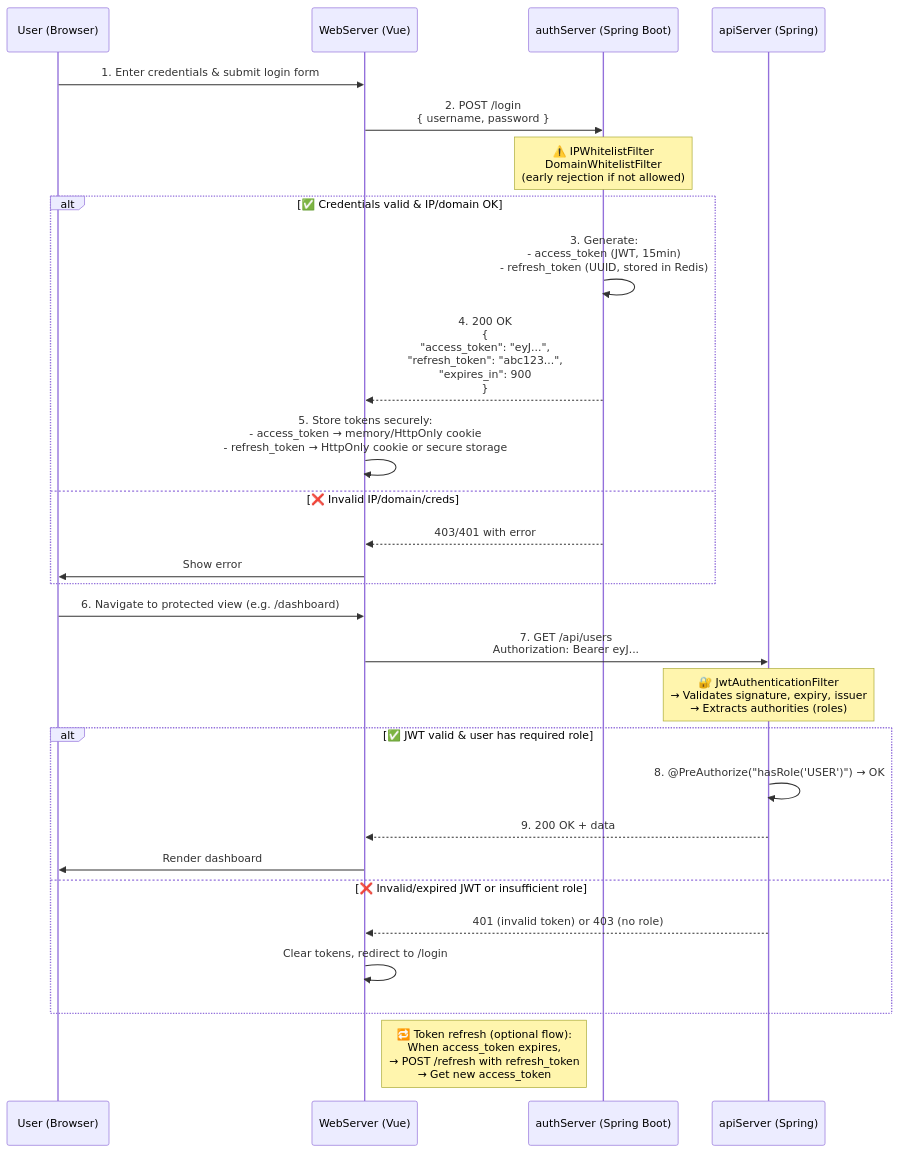
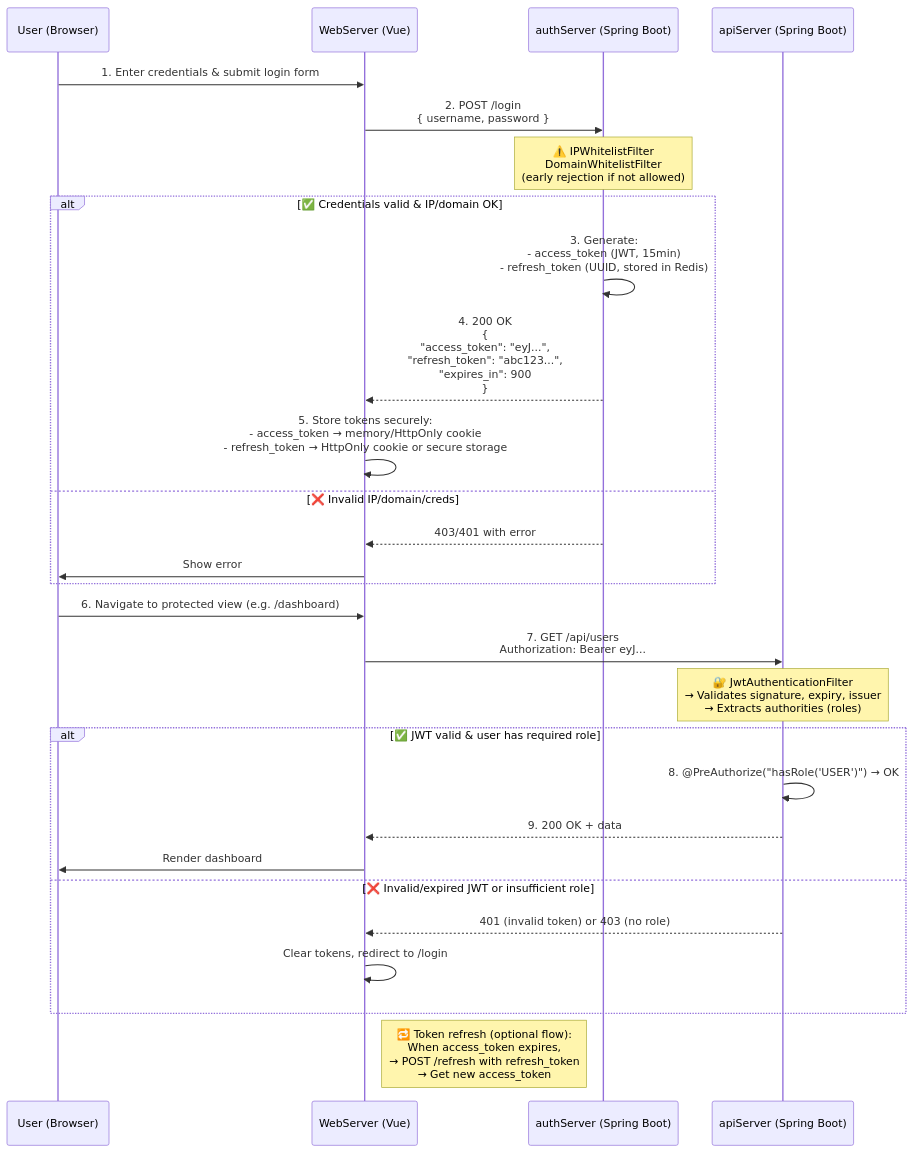
The second of 2 diagrams in Document/Diagrams.md (namsouth/why-you-need-to-hire-me), drawn with Mermaid before and after one commit. The commit also changed 2 other files, not shown here.

Commit message:
vault backup: 2025-11-19 16:37:58

````diff
--- a/Document/Diagrams.md
+++ b/Document/Diagrams.md
@@ -87,37 +87,37 @@
 ```mermaid 
 sequenceDiagram
     participant User as User (Browser)
     participant WebServer as WebServer (Vue)
     participant authServer as authServer (Spring Boot)
-    participant apiServer as apiServer (Spring)
+    participant apiServer as apiServer (Spring Boot)
 
     User->>WebServer: 1. Enter credentials & submit login form
     WebServer->>authServer: 2. POST /login<br>{ username, password }
     
     Note over authServer: ⚠️ IPWhitelistFilter<br>DomainWhitelistFilter<br>(early rejection if not allowed)
 
     alt ✅ Credentials valid & IP/domain OK
         authServer->>authServer: 3. Generate:<br>- access_token (JWT, 15min)<br>- refresh_token (UUID, stored in Redis)
         authServer-->>WebServer: 4. 200 OK<br>{<br>  "access_token": "eyJ...",<br>  "refresh_token": "abc123...",<br>  "expires_in": 900<br>}
         WebServer->>WebServer: 5. Store tokens securely:<br>- access_token → memory/HttpOnly cookie<br>- refresh_token → HttpOnly cookie or secure storage
     else ❌ Invalid IP/domain/creds
         authServer-->>WebServer: 403/401 with error
         WebServer->>User: Show error
     end
 
     User->>WebServer: 6. Navigate to protected view (e.g. /dashboard)
     WebServer->>apiServer: 7. GET /api/users<br>Authorization: Bearer eyJ...
 
     Note over apiServer: 🔐 JwtAuthenticationFilter<br>→ Validates signature, expiry, issuer<br>→ Extracts authorities (roles)
 
     alt ✅ JWT valid & user has required role
         apiServer->>apiServer: 8. @PreAuthorize("hasRole('USER')") → OK
         apiServer-->>WebServer: 9. 200 OK + data
         WebServer->>User: Render dashboard
     else ❌ Invalid/expired JWT or insufficient role
         apiServer-->>WebServer: 401 (invalid token) or 403 (no role)
         WebServer->>WebServer: Clear tokens, redirect to /login
     end
 
     Note right of WebServer: 🔁 Token refresh (optional flow):<br>When access_token expires,<br>→ POST /refresh with refresh_token<br>→ Get new access_token
 ```
````
